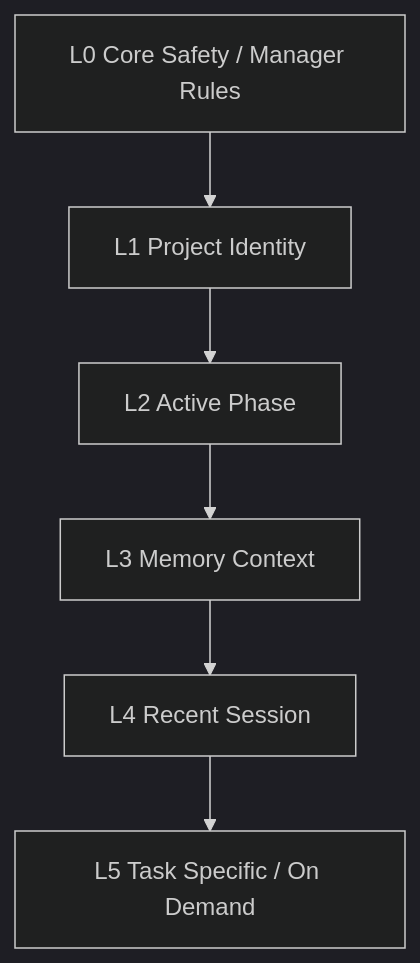
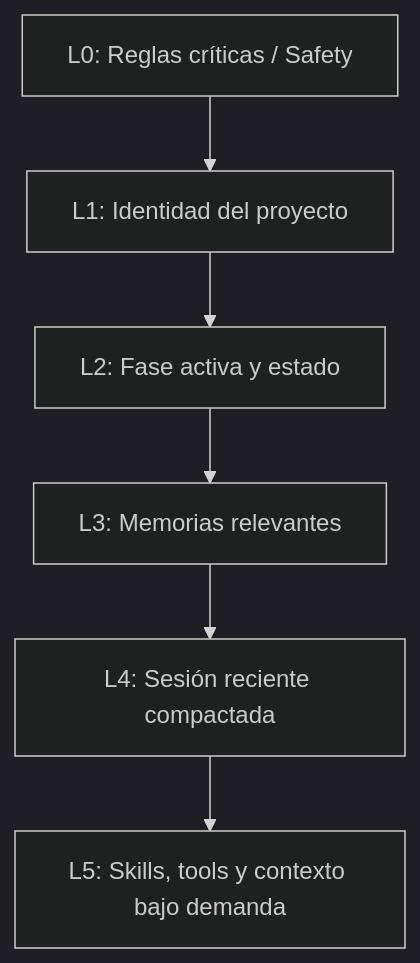
Before and after one commit to harrysxavio/opencode-architecture: the sixth of 9 diagrams in README.md, drawn with Mermaid (dark theme). The commit also changed other lines of this file, not shown here.

````diff
--- a/README.md
+++ b/README.md
@@ -152,10 +340,10 @@
 ```mermaid
 flowchart TB
-  L0[L0 Core Safety / Manager Rules]
-  L1[L1 Project Identity]
-  L2[L2 Active Phase]
-  L3[L3 Memory Context]
-  L4[L4 Recent Session]
-  L5[L5 Task Specific / On Demand]
-  L0 --> L1 --> L2 --> L3 --> L4 --> L5
+    L0[L0: Reglas críticas / Safety] 
+    L1[L1: Identidad del proyecto]
+    L2[L2: Fase activa y estado]
+    L3[L3: Memorias relevantes]
+    L4[L4: Sesión reciente compactada]
+    L5[L5: Skills, tools y contexto bajo demanda]
+    L0 --> L1 --> L2 --> L3 --> L4 --> L5
 ```
````
